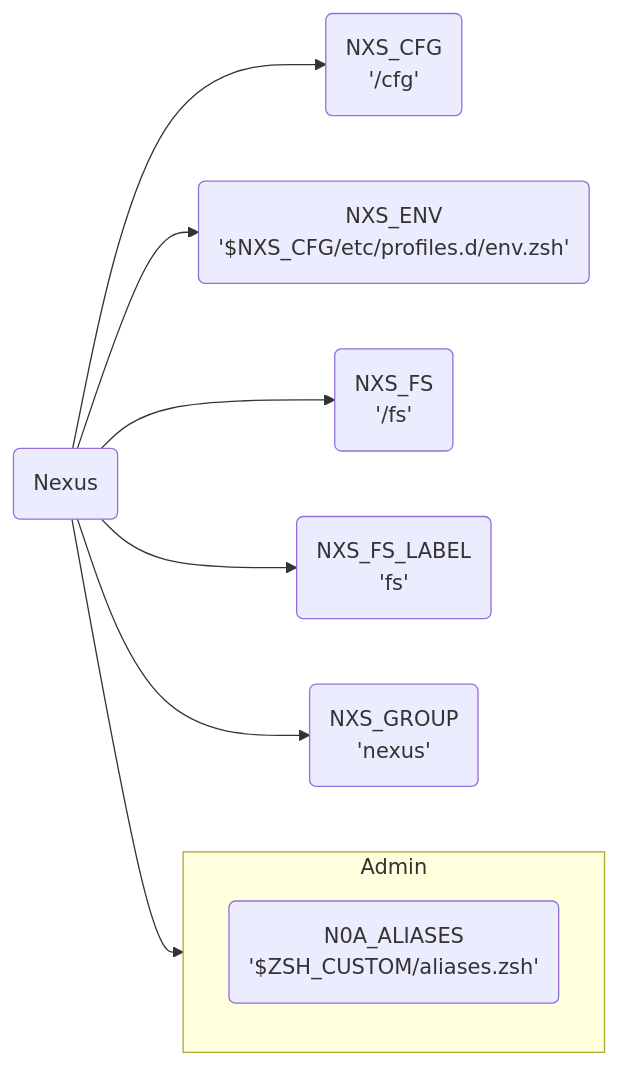
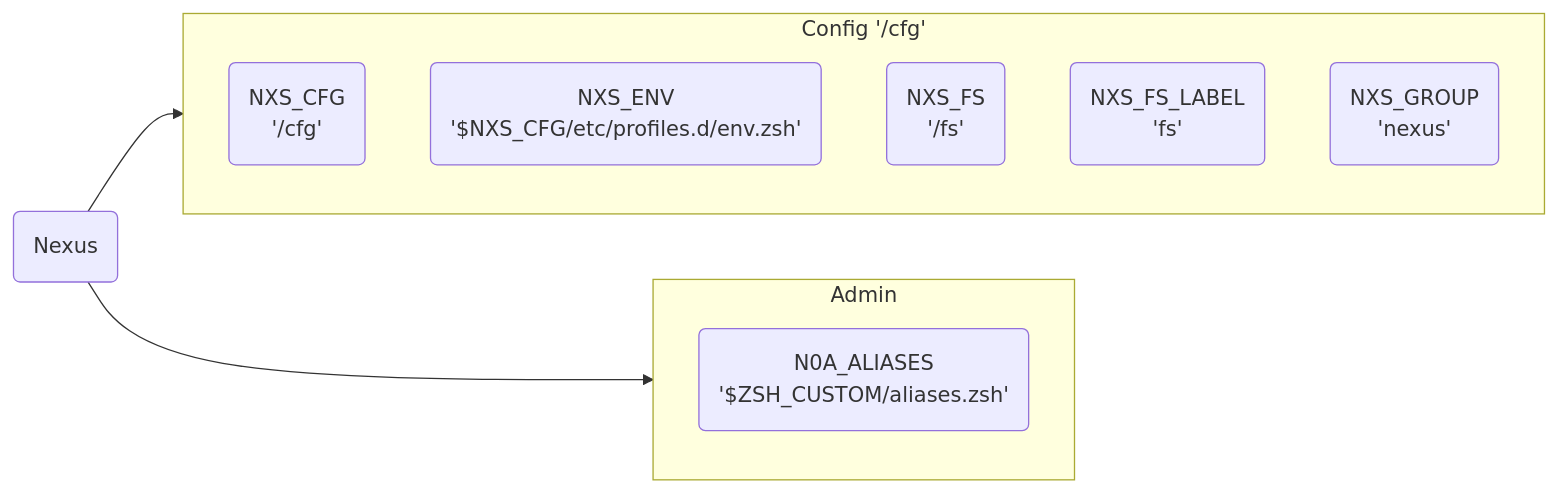
The diagram in setup/basic.md (agenkit/GHost), drawn with Mermaid before and after one commit.

````diff
--- a/setup/basic.md
+++ b/setup/basic.md
@@ -36,17 +36,22 @@
 ```mermaid
 graph LR
    n("Nexus")
-   a("Admin")
    cfg("NXS_CFG<br>'/cfg'")
    env("NXS_ENV<br>'$NXS_CFG/etc/profiles.d/env.zsh'")
    fs("NXS_FS<br>'/fs'")
    fsl("NXS_FS_LABEL<br>'fs'")
    grp("NXS_GROUP<br>'nexus'")
    as("N0A_ALIASES<br>'$ZSH_CUSTOM/aliases.zsh'")
 
-   n --> cfg & env & fs & fsl & grp
+   n --> c
+   subgraph c["Config '/cfg'"]
+      
+      cfg & env & fs & fsl & grp
+   
+   end
+   
    n --> a
    subgraph a["Admin"]
       as
    end
 ```
````
